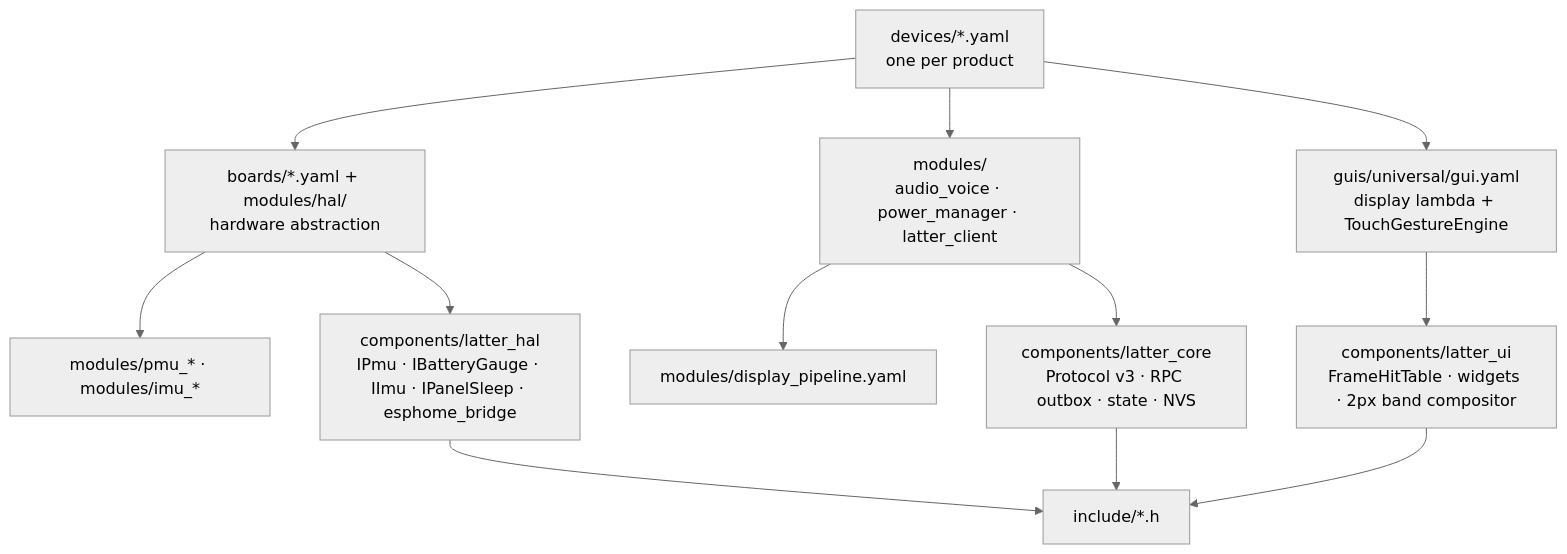
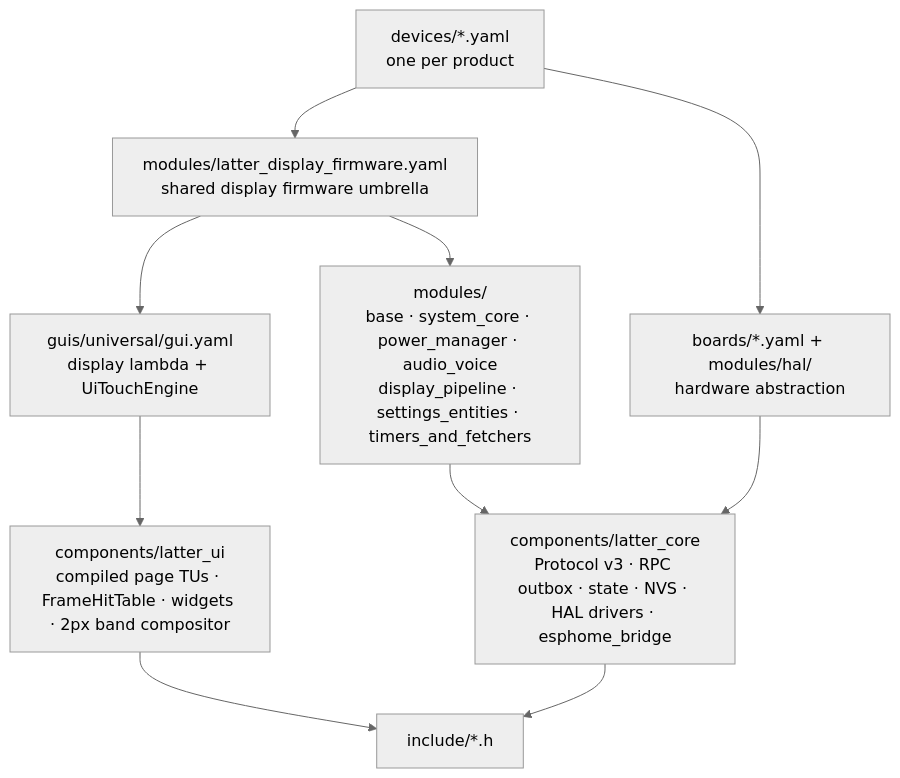
The diagram in docs/architecture.md (slampton/esphome-latter-core), drawn with Mermaid (neutral theme) before and after one commit. The commit also changed other lines of this file and 118 other files, not shown here.

First line of the commit message:
Consolidate firmware into 3 components, C++ state & compiled UI pages (rev 2026111039)

````diff
--- a/docs/architecture.md
+++ b/docs/architecture.md
@@ -5,14 +5,12 @@
 ```mermaid
 flowchart TD
     D["devices/*.yaml<br/>one per product"] --> B["boards/*.yaml + modules/hal/<br/>hardware abstraction"]
-    D --> M["modules/<br/>audio_voice · power_manager · latter_client"]
-    D --> G["guis/universal/gui.yaml<br/>display lambda + TouchGestureEngine"]
-    B --> P["modules/pmu_* · modules/imu_*"]
-    M --> DP["modules/display_pipeline.yaml"]
-    G --> CUI["components/latter_ui<br/>FrameHitTable · widgets · 2px band compositor"]
-    M --> CC["components/latter_core<br/>Protocol v3 · RPC outbox · state · NVS"]
-    B --> CHAL["components/latter_hal<br/>IPmu · IBatteryGauge · IImu · IPanelSleep · esphome_bridge"]
+    D --> U["modules/latter_display_firmware.yaml<br/>shared display firmware umbrella"]
+    U --> M["modules/<br/>base · system_core · power_manager · audio_voice<br/>display_pipeline · settings_entities · timers_and_fetchers"]
+    U --> G["guis/universal/gui.yaml<br/>display lambda + UiTouchEngine"]
+    G --> CUI["components/latter_ui<br/>compiled page TUs · FrameHitTable · widgets · 2px band compositor"]
+    M --> CC["components/latter_core<br/>Protocol v3 · RPC outbox · state · NVS · HAL drivers · esphome_bridge"]
+    B --> CC
     CUI --> H["include/*.h"]
     CC --> H
-    CHAL --> H
 ```
````
